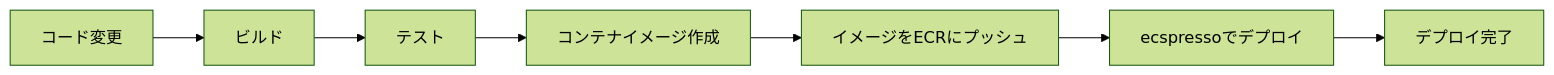
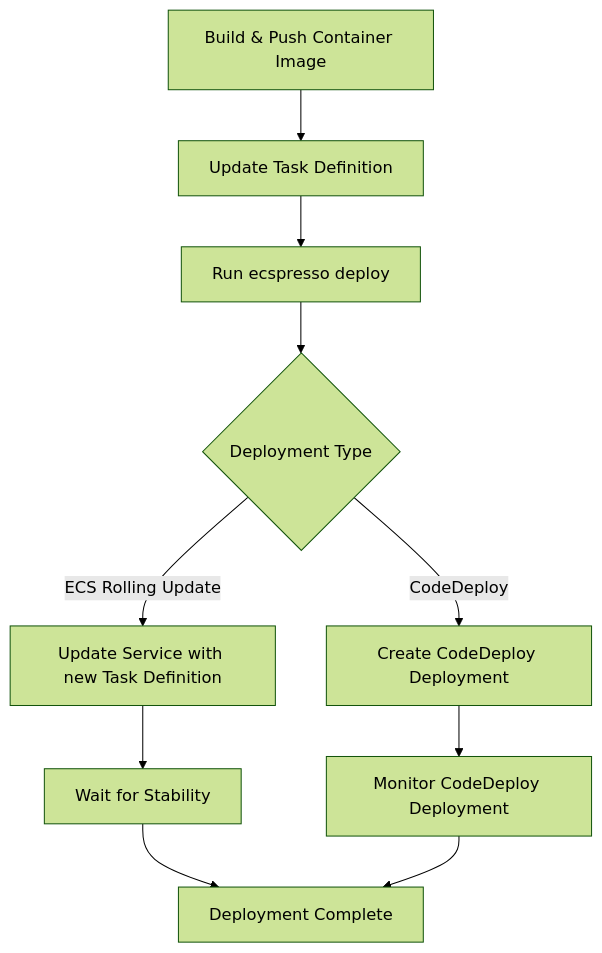
The diagram in ecspresso/practical/cicd.md (bufferings/devin-docs), drawn with Mermaid (forest theme) before and after one commit. The commit also changed other lines of this file and 33 other files, not shown here.

````diff
--- a/ecspresso/practical/cicd.md
+++ b/ecspresso/practical/cicd.md
@@ -17,9 +76,12 @@
 ```mermaid
-graph LR
-    A[コード変更] --> B[ビルド]
-    B --> C[テスト]
-    C --> D[コンテナイメージ作成]
-    D --> E[イメージをECRにプッシュ]
-    E --> F[ecspressoでデプロイ]
-    F --> G[デプロイ完了]
+graph TD
+    A[Build & Push Container Image] --> B[Update Task Definition]
+    B --> C[Run ecspresso deploy]
+    C --> D{Deployment Type}
+    D -->|ECS Rolling Update| E[Update Service with new Task Definition]
+    D -->|CodeDeploy| F[Create CodeDeploy Deployment]
+    E --> G[Wait for Stability]
+    F --> H[Monitor CodeDeploy Deployment]
+    G --> I[Deployment Complete]
+    H --> I
 ```
````
